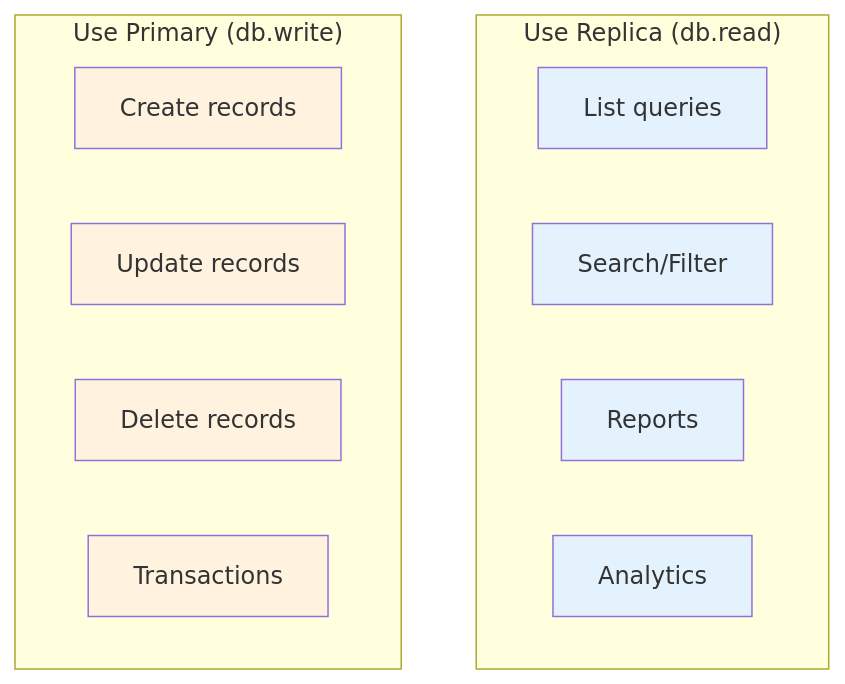
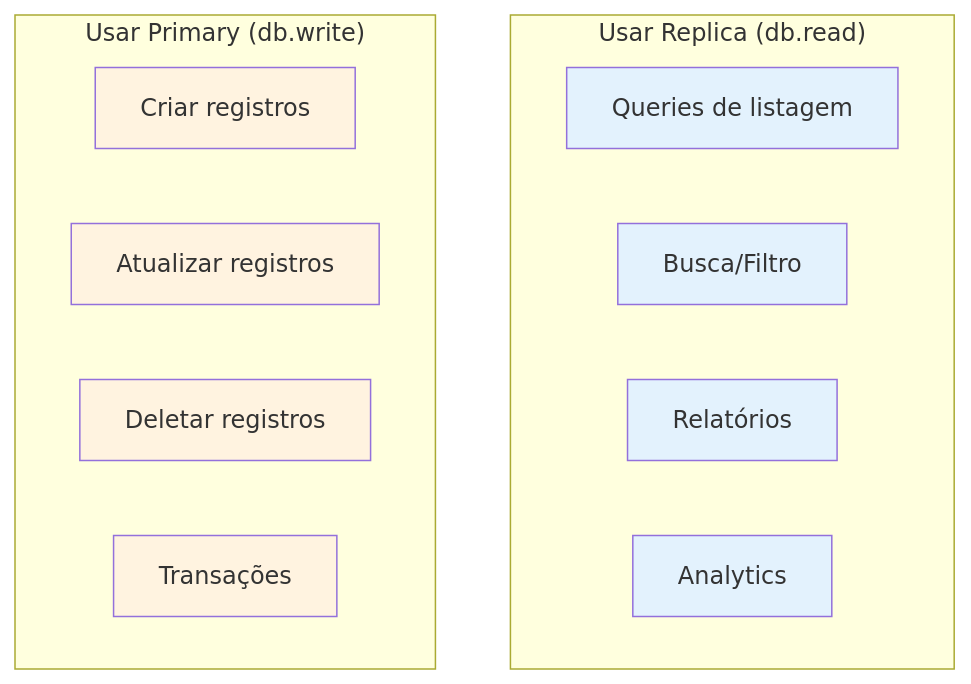
The second of 2 diagrams in docs/21-replicas.md (SorPuti/core-framework), drawn with Mermaid before and after one commit. The commit also changed other lines of this file and 22 other files, not shown here.

````diff
--- a/docs/21-replicas.md
+++ b/docs/21-replicas.md
@@ -25,25 +25,25 @@
 ```mermaid
 flowchart TB
-    subgraph "Use Replica (db.read)"
-        R1[List queries]
-        R2[Search/Filter]
-        R3[Reports]
+    subgraph "Usar Replica (db.read)"
+        R1[Queries de listagem]
+        R2[Busca/Filtro]
+        R3[Relatórios]
         R4[Analytics]
     end
     
-    subgraph "Use Primary (db.write)"
-        W1[Create records]
-        W2[Update records]
-        W3[Delete records]
-        W4[Transactions]
+    subgraph "Usar Primary (db.write)"
+        W1[Criar registros]
+        W2[Atualizar registros]
+        W3[Deletar registros]
+        W4[Transações]
     end
     
     style R1 fill:#e3f2fd
     style R2 fill:#e3f2fd
     style R3 fill:#e3f2fd
     style R4 fill:#e3f2fd
     style W1 fill:#fff3e0
     style W2 fill:#fff3e0
     style W3 fill:#fff3e0
     style W4 fill:#fff3e0
 ```
````
